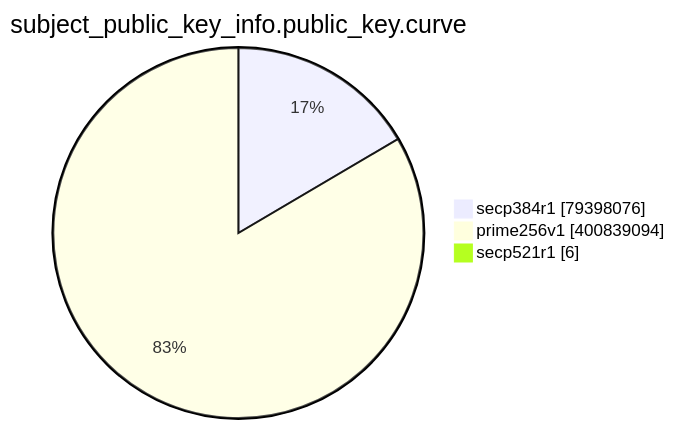
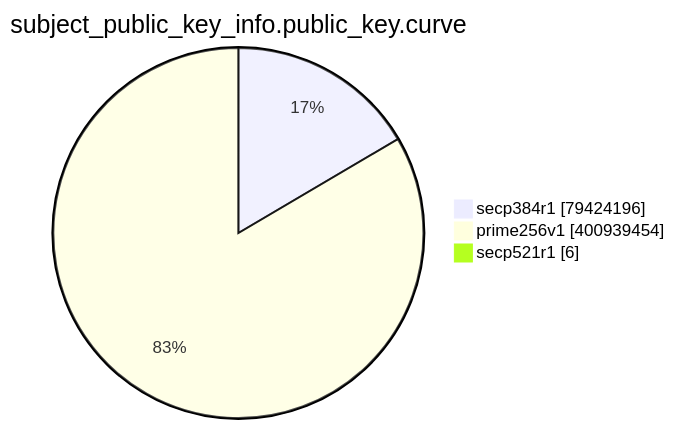
Before and after one commit to christiankrug/ctmonitor_visualization: the eighth of 15 diagrams in TOTAL/README.md, drawn with Mermaid. The commit also changed other lines of this file, not shown here.

````diff
--- a/TOTAL/README.md
+++ b/TOTAL/README.md
@@ -3095,7 +3095,7 @@
 ```mermaid
 pie showData
 title subject_public_key_info.public_key.curve
-"secp384r1" :79398076
-"prime256v1" :400839094
+"secp384r1" :79424196
+"prime256v1" :400939454
 "secp521r1" :6
 ```
````
